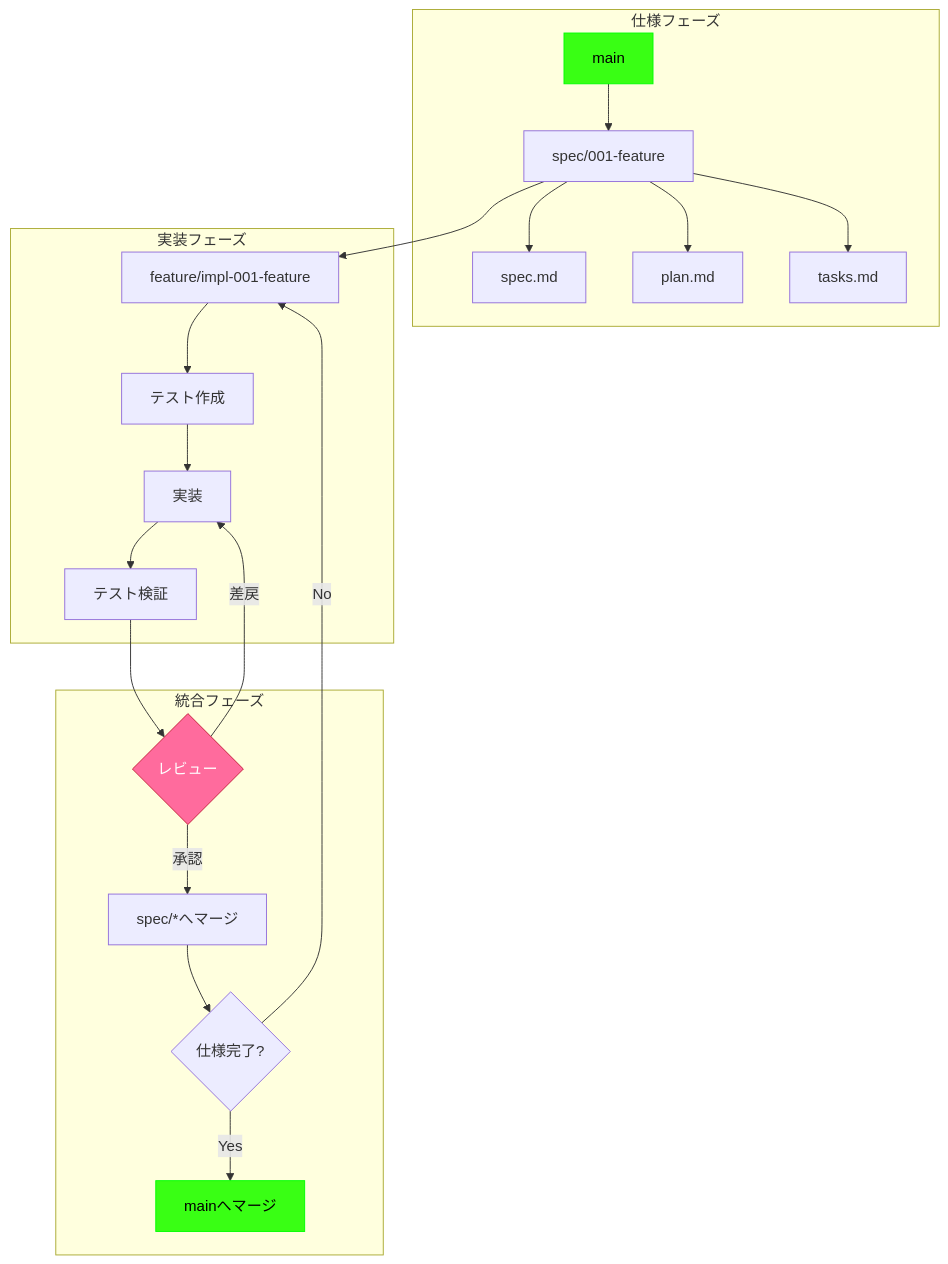
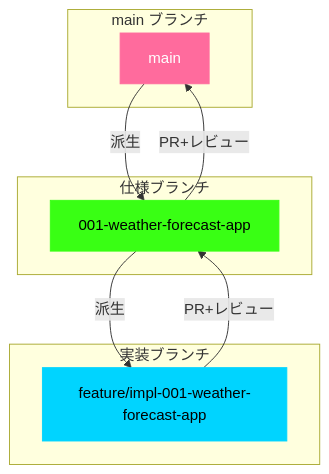
One commit to J1921604/open-meteo changed the second of 2 diagrams in .specify/memory/constitution.md. Above: the diagram before and after it, drawn with Mermaid. The commit also changed other lines of this file and 9 other files, not shown here.

````diff
--- a/.specify/memory/constitution.md
+++ b/.specify/memory/constitution.md
@@ -455,29 +222,23 @@
 ```mermaid
 flowchart TB
-    subgraph "仕様フェーズ"
-        A[main] --> B[spec/001-feature]
-        B --> C[spec.md]
-        B --> D[plan.md]
-        B --> E[tasks.md]
+    subgraph main["main ブランチ"]
+        M[main]
     end
-  
-    subgraph "実装フェーズ"
-        B --> F[feature/impl-001-feature]
-        F --> G[テスト作成]
-        G --> H[実装]
-        H --> I[テスト検証]
+    
+    subgraph spec["仕様ブランチ"]
+        S[001-weather-forecast-app]
     end
-  
-    subgraph "統合フェーズ"
-        I --> J{レビュー}
-        J -->|承認| K[spec/*へマージ]
-        K --> L{仕様完了?}
-        L -->|Yes| M[mainへマージ]
-        L -->|No| F
-        J -->|差戻| H
+    
+    subgraph impl["実装ブランチ"]
+        I[feature/impl-001-weather-forecast-app]
     end
-  
-    style A fill:#39ff14,stroke:#0f0,color:#000
-    style M fill:#39ff14,stroke:#0f0,color:#000
-    style J fill:#ff6b9d,stroke:#c41e3a,color:#fff
+    
+    M -->|派生| S
+    S -->|派生| I
+    I -->|PR+レビュー| S
+    S -->|PR+レビュー| M
+    
+    style M fill:#ff6b9d,stroke:#ff6b9d,color:#fff
+    style S fill:#39ff14,stroke:#39ff14,color:#000
+    style I fill:#00d4ff,stroke:#00d4ff,color:#000
 ```
````
